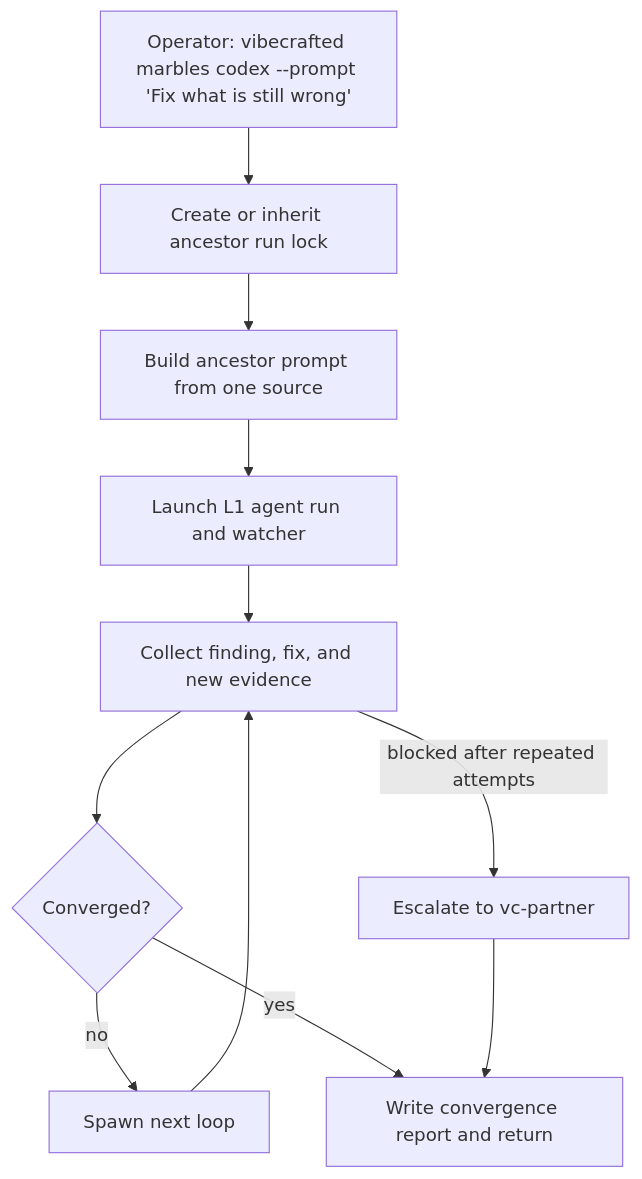
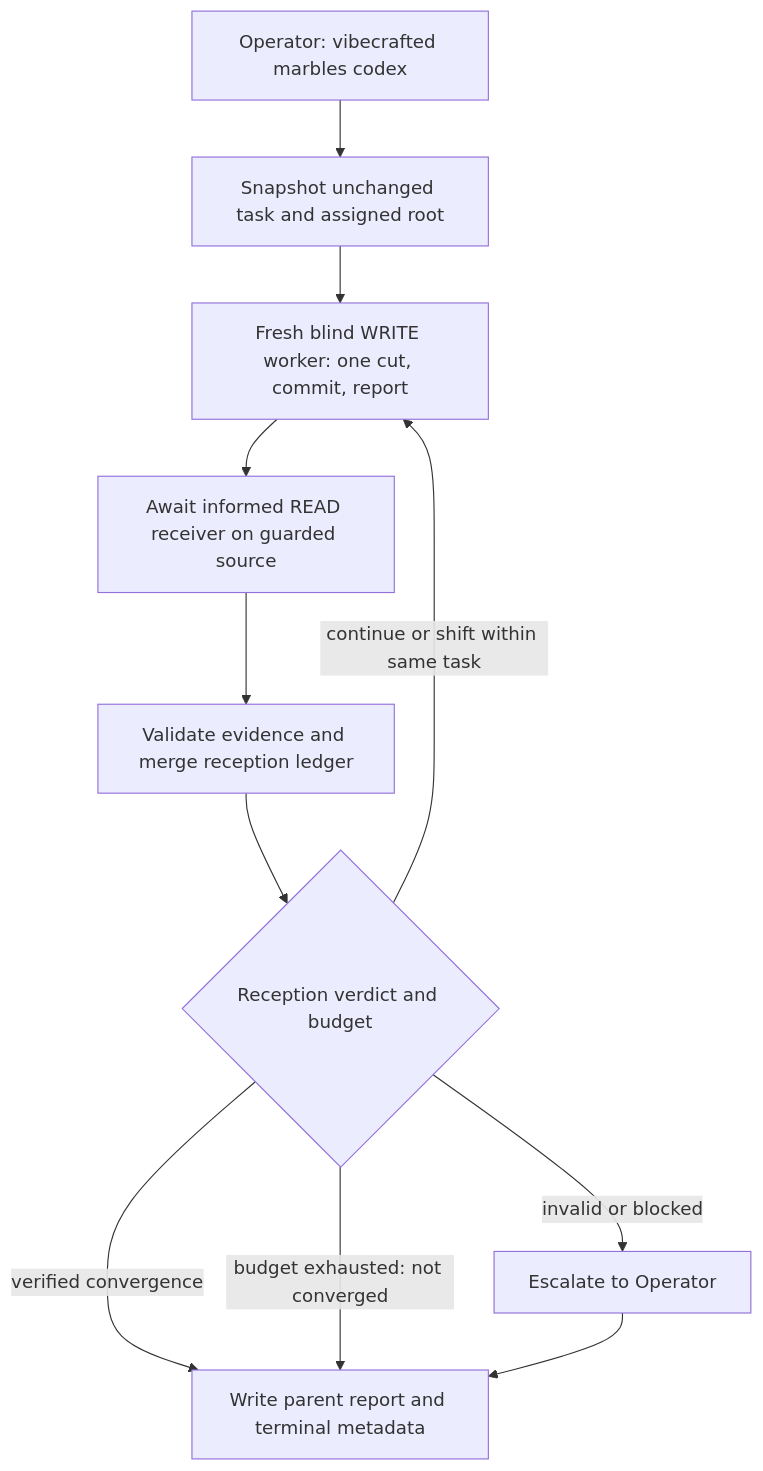
One commit to vetcoders/vibecrafted changed the diagram in vibecrafted-core/vibecrafted_core/skills/pl/vc-marbles/FLOW.md. Above: the diagram before and after it, drawn with Mermaid. The commit also changed other lines of this file and 435 other files, not shown here.

````diff
--- a/vibecrafted-core/vibecrafted_core/skills/pl/vc-marbles/FLOW.md
+++ b/vibecrafted-core/vibecrafted_core/skills/pl/vc-marbles/FLOW.md
@@ -5,13 +5,13 @@
 ```mermaid
 flowchart TD
-    A[Operator: vibecrafted marbles codex --prompt 'Fix what is still wrong'] --> B[Create or inherit ancestor run lock]
-    B --> C[Build ancestor prompt from one source]
-    C --> D[Launch L1 agent run and watcher]
-    D --> E[Collect finding, fix, and new evidence]
-    E --> F{Converged?}
-    F -->|no| G[Spawn next loop]
-    G --> E
-    F -->|yes| H[Write convergence report and return]
-    E -->|blocked after repeated attempts| I[Escalate to vc-partner]
+    A[Operator: vibecrafted marbles codex] --> B[Snapshot unchanged task and assigned root]
+    B --> D[Fresh blind WRITE worker: one cut, commit, report]
+    D --> E[Await informed READ receiver on guarded source]
+    E --> F[Validate evidence and merge reception ledger]
+    F --> G{Reception verdict and budget}
+    G -->|continue or shift within same task| D
+    G -->|verified convergence| H[Write parent report and terminal metadata]
+    G -->|budget exhausted: not converged| H
+    G -->|invalid or blocked| I[Escalate to Operator]
     I --> H
 ```
````
